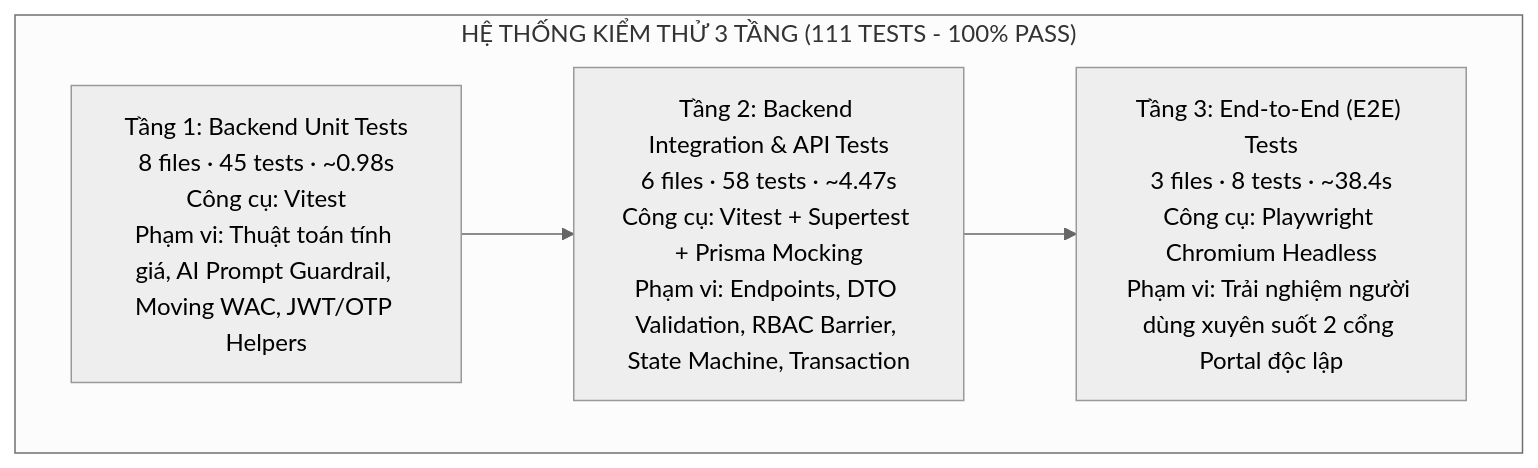
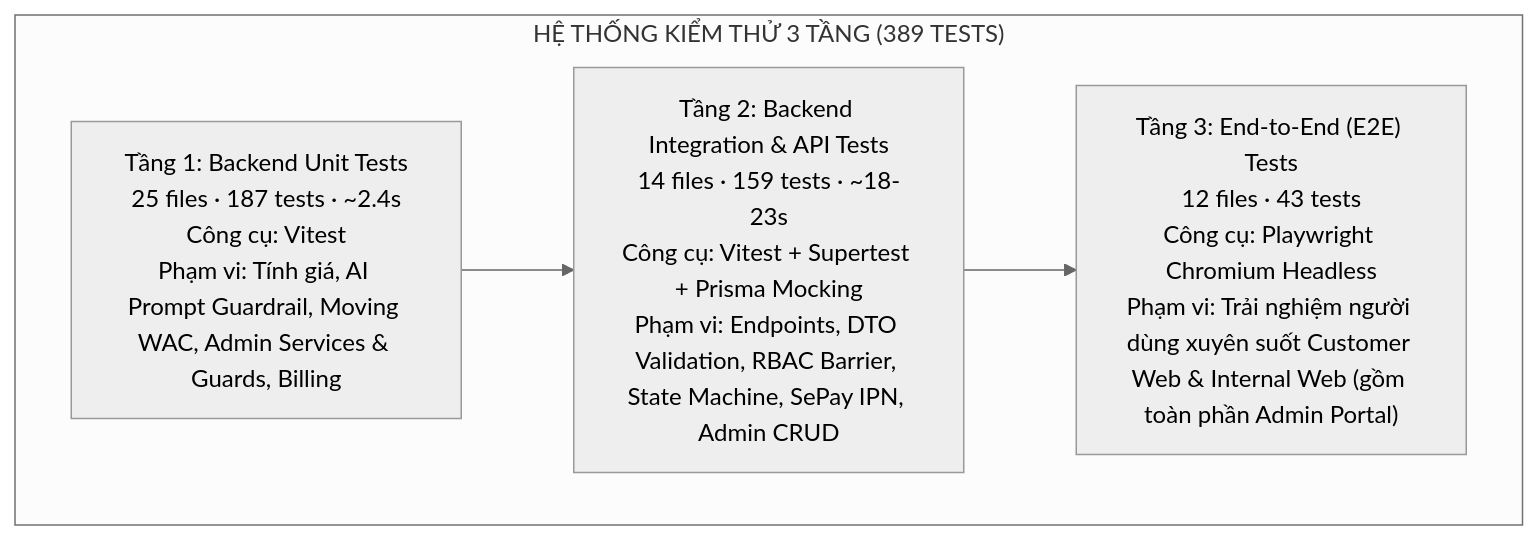
The first of 3 diagrams in docs/testing/automatic/AUTOMATED_TESTING_DOCS.md (NguyenThanhTin235/car-service-center-web), drawn with Mermaid (neutral theme) before and after one commit. The commit also changed other lines of this file and 44 other files, not shown here.

Commit message:
test(admin): add full hermetic automated testing suite for admin portal

````diff
--- a/docs/testing/automatic/AUTOMATED_TESTING_DOCS.md
+++ b/docs/testing/automatic/AUTOMATED_TESTING_DOCS.md
@@ -46,10 +46,10 @@
 ```mermaid
 flowchart TD
-    subgraph Pyramid ["HỆ THỐNG KIỂM THỬ 3 TẦNG (111 TESTS - 100% PASS)"]
-        E2E["Tầng 3: End-to-End (E2E) Tests\n3 files · 8 tests · ~38.4s\nCông cụ: Playwright Chromium Headless\nPhạm vi: Trải nghiệm người dùng xuyên suốt 2 cổng Portal độc lập"]
-        INT["Tầng 2: Backend Integration & API Tests\n6 files · 58 tests · ~4.47s\nCông cụ: Vitest + Supertest + Prisma Mocking\nPhạm vi: Endpoints, DTO Validation, RBAC Barrier, State Machine, Transaction"]
-        UNIT["Tầng 1: Backend Unit Tests\n8 files · 45 tests · ~0.98s\nCông cụ: Vitest\nPhạm vi: Thuật toán tính giá, AI Prompt Guardrail, Moving WAC, JWT/OTP Helpers"]
+    subgraph Pyramid ["HỆ THỐNG KIỂM THỬ 3 TẦNG (389 TESTS)"]
+        E2E["Tầng 3: End-to-End (E2E) Tests\n12 files · 43 tests\nCông cụ: Playwright Chromium Headless\nPhạm vi: Trải nghiệm người dùng xuyên suốt Customer Web & Internal Web (gồm toàn phần Admin Portal)"]
+        INT["Tầng 2: Backend Integration & API Tests\n14 files · 159 tests · ~18-23s\nCông cụ: Vitest + Supertest + Prisma Mocking\nPhạm vi: Endpoints, DTO Validation, RBAC Barrier, State Machine, SePay IPN, Admin CRUD"]
+        UNIT["Tầng 1: Backend Unit Tests\n25 files · 187 tests · ~2.4s\nCông cụ: Vitest\nPhạm vi: Tính giá, AI Prompt Guardrail, Moving WAC, Admin Services & Guards, Billing"]
     end
 
     UNIT --> INT --> E2E
 ```
````
